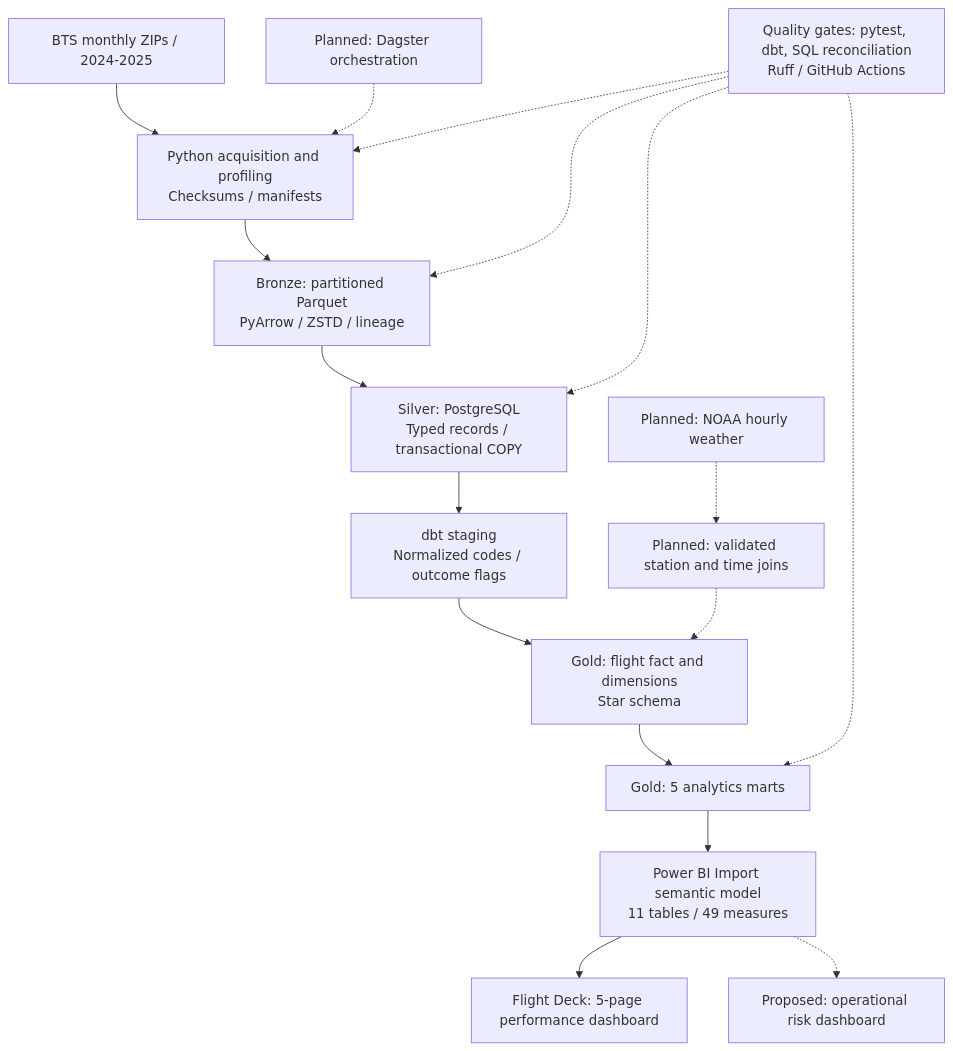
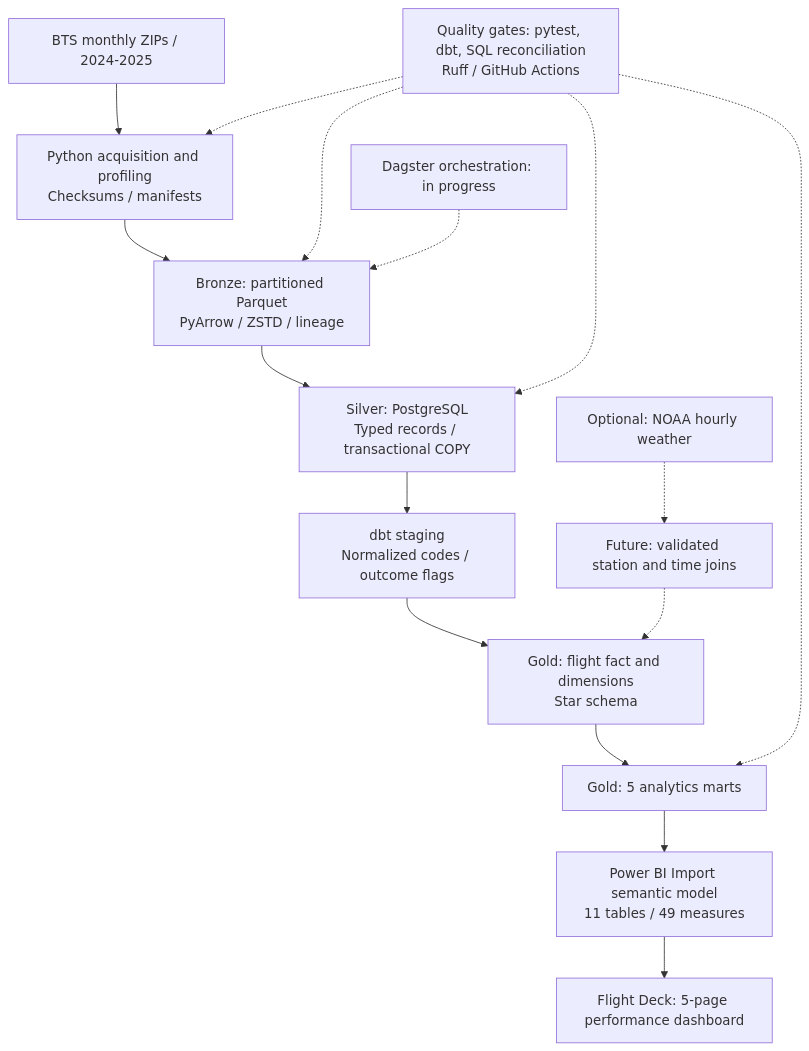
Before and after one commit to thaquan/Flight_Operations_Intelligence: the diagram in README.md, drawn with Mermaid. The commit also changed other lines of this file, not shown here.

First line of the commit message:
Update project roadmap for Dagster orchestration

````diff
--- a/README.md
+++ b/README.md
@@ -72,19 +72,19 @@
 ```mermaid
 flowchart TD
     BTS["BTS monthly ZIPs / 2024-2025"] --> ACQ["Python acquisition and profiling<br/>Checksums / manifests"]
     ACQ --> BR["Bronze: partitioned Parquet<br/>PyArrow / ZSTD / lineage"]
     BR --> SL["Silver: PostgreSQL<br/>Typed records / transactional COPY"]
     SL --> ST["dbt staging<br/>Normalized codes / outcome flags"]
     ST --> FACT["Gold: flight fact and dimensions<br/>Star schema"]
     FACT --> MART["Gold: 5 analytics marts"]
     MART --> SEM["Power BI Import semantic model<br/>11 tables / 49 measures"]
     SEM --> REP["Flight Deck: 5-page performance dashboard"]
     QA["Quality gates: pytest, dbt, SQL reconciliation<br/>Ruff / GitHub Actions"] -.-> ACQ
     QA -.-> BR
     QA -.-> SL
     QA -.-> MART
-    NOAA["Planned: NOAA hourly weather"] -.-> WEATHER["Planned: validated station and time joins"]
+    NOAA["Optional: NOAA hourly weather"] -.-> WEATHER["Future: validated station and time joins"]
     WEATHER -.-> FACT
-    SEM -.-> RISK["Proposed: operational risk dashboard"]
-    ORCH["Planned: Dagster orchestration"] -.-> ACQ
+
+    ORCH["Dagster orchestration: in progress"] -.-> BR
 ```
````
